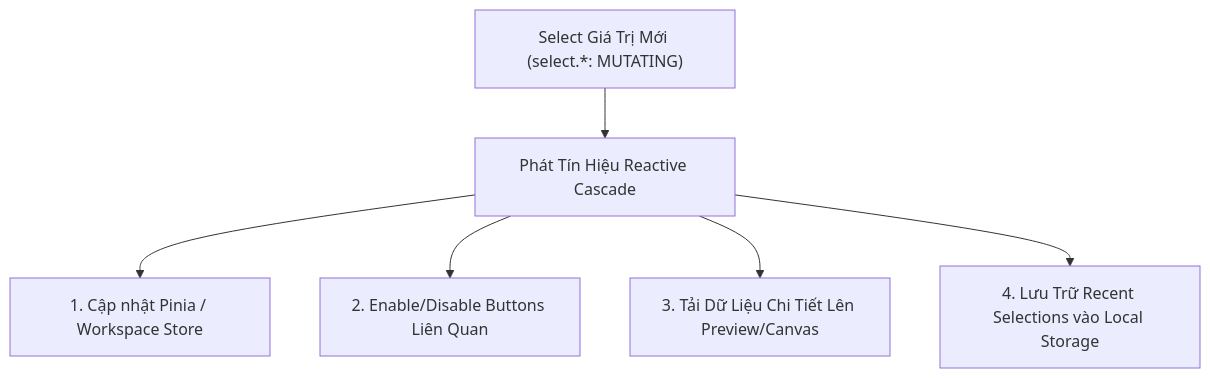
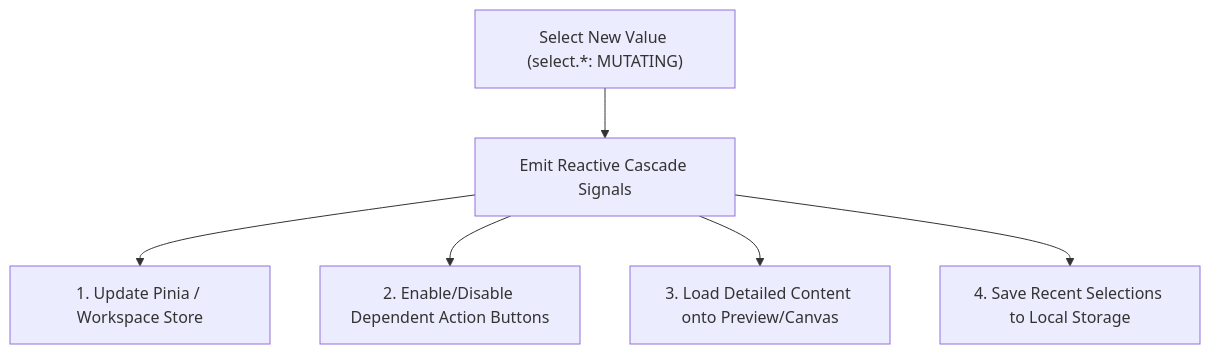
The fourth of 4 diagrams in docs/srs/SRS_HORIZONTAL_SELECTS.md (tuquet/automa), drawn with Mermaid before and after one commit. The commit also changed other lines of this file and 26 other files, not shown here.

````diff
--- a/docs/srs/SRS_HORIZONTAL_SELECTS.md
+++ b/docs/srs/SRS_HORIZONTAL_SELECTS.md
@@ -244,8 +243,8 @@
 ```mermaid
 flowchart TD
-    SelectMutation["Select Giá Trị Mới (select.*: MUTATING)"] --> SideEffects["Phát Tín Hiệu Reactive Cascade"]
-    SideEffects --> StoreSync["1. Cập nhật Pinia / Workspace Store"]
-    SideEffects --> ButtonState["2. Enable/Disable Buttons Liên Quan"]
-    SideEffects --> PreviewSync["3. Tải Dữ Liệu Chi Tiết Lên Preview/Canvas"]
-    SideEffects --> LocalStorageCache["4. Lưu Trữ Recent Selections vào Local Storage"]
+    SelectMutation["Select New Value (select.*: MUTATING)"] --> SideEffects["Emit Reactive Cascade Signals"]
+    SideEffects --> StoreSync["1. Update Pinia / Workspace Store"]
+    SideEffects --> ButtonState["2. Enable/Disable Dependent Action Buttons"]
+    SideEffects --> PreviewSync["3. Load Detailed Content onto Preview/Canvas"]
+    SideEffects --> LocalStorageCache["4. Save Recent Selections to Local Storage"]
 ```
````
